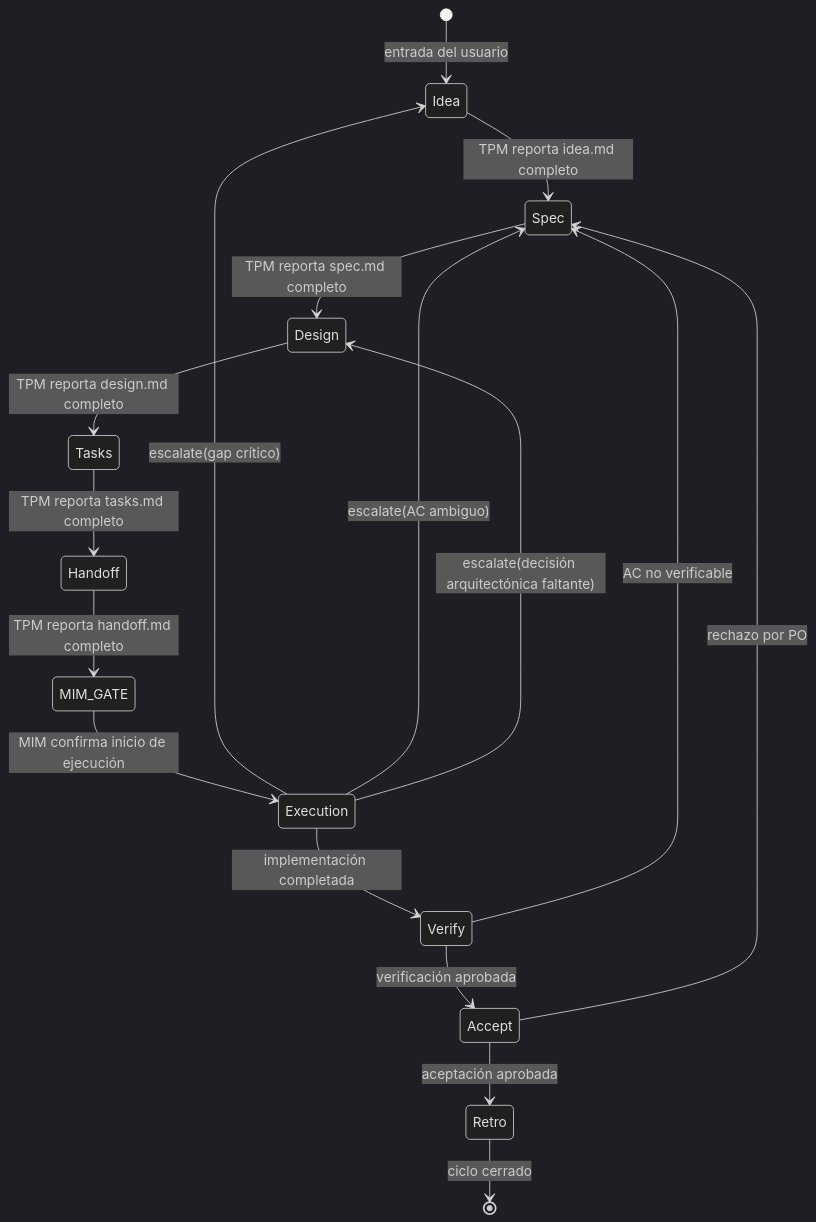
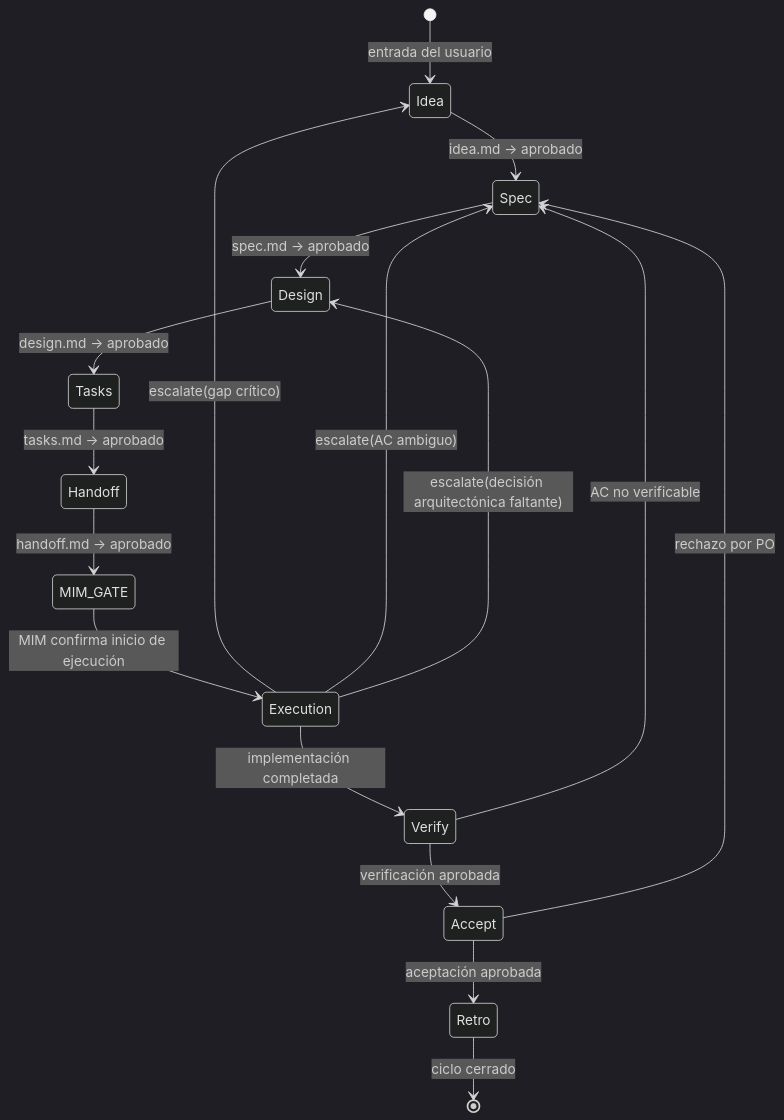
One commit to virgenherrera/idea-to-mvp changed the second of 13 diagrams in docs/behavior-scrum-master-routing.md. Above: the diagram before and after it, drawn with Mermaid (dark theme). The commit also changed other lines of this file and 4 other files, not shown here.

````diff
--- a/docs/behavior-scrum-master-routing.md
+++ b/docs/behavior-scrum-master-routing.md
@@ -93,20 +102,20 @@
 ```mermaid
 stateDiagram-v2
     [*] --> Idea: entrada del usuario
-    Idea --> Spec: TPM reporta idea.md completo
-    Spec --> Design: TPM reporta spec.md completo
-    Design --> Tasks: TPM reporta design.md completo
-    Tasks --> Handoff: TPM reporta tasks.md completo
-    Handoff --> MIM_GATE: TPM reporta handoff.md completo
+    Idea --> Spec: idea.md → aprobado
+    Spec --> Design: spec.md → aprobado
+    Design --> Tasks: design.md → aprobado
+    Tasks --> Handoff: tasks.md → aprobado
+    Handoff --> MIM_GATE: handoff.md → aprobado
     MIM_GATE --> Execution: MIM confirma inicio de ejecución
     Execution --> Verify: implementación completada
     Verify --> Accept: verificación aprobada
     Accept --> Retro: aceptación aprobada
     Retro --> [*]: ciclo cerrado
 
     Execution --> Idea: escalate(gap crítico)
     Execution --> Spec: escalate(AC ambiguo)
     Execution --> Design: escalate(decisión arquitectónica faltante)
     Verify --> Spec: AC no verificable
     Accept --> Spec: rechazo por PO
 ```
````
